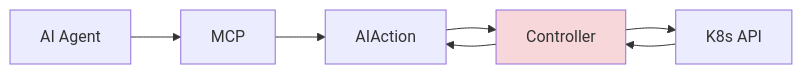
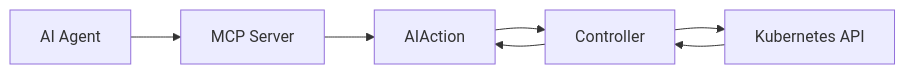
One commit to babywyrm/sysadmin changed the fifth of 8 diagrams in openai/mcp/labs__.md. Above: the diagram before and after it, drawn with Mermaid. The commit also changed other lines of this file, not shown here.

````diff
--- a/openai/mcp/labs__.md
+++ b/openai/mcp/labs__.md
@@ -172,13 +165,11 @@
 ```mermaid
 flowchart LR
     AI[AI Agent]
-    MCP[MCP]
+    MCP[MCP Server]
     CRD[AIAction]
     CTRL[Controller]
-    API[K8s API]
+    API[Kubernetes API]
 
     AI --> MCP --> CRD --> CTRL --> CRD
     CTRL --> API --> CTRL
-
-    style CTRL fill:#f8d7da
 ```
````
